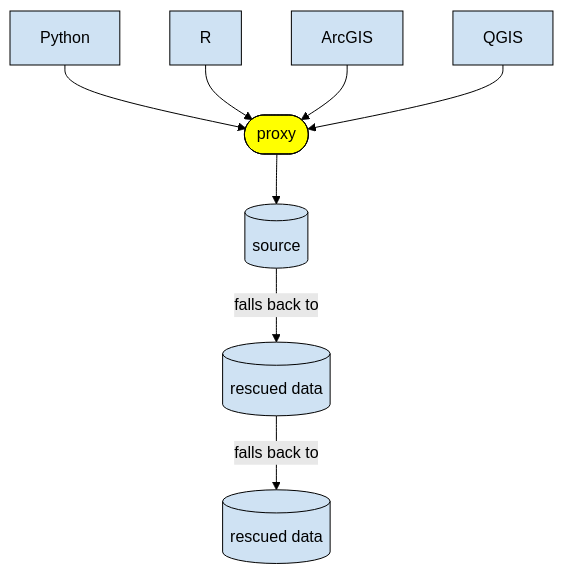
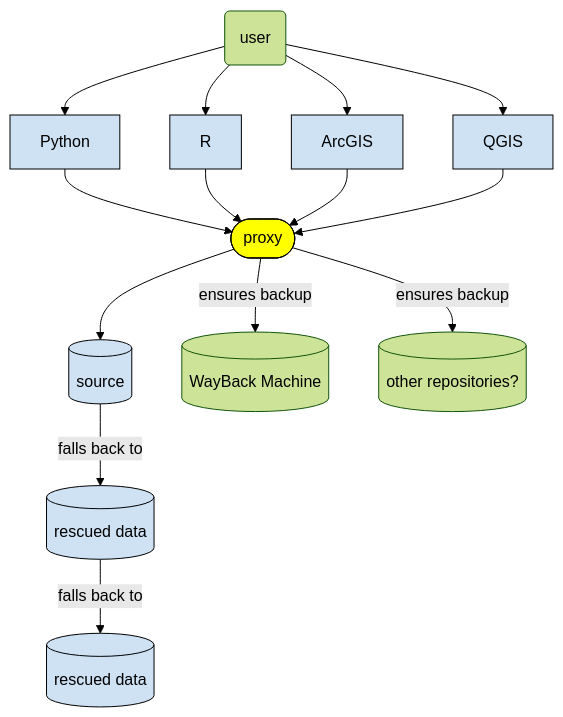
The diagram in README.md (investinopen/ptps-wildfire-demo), drawn with Mermaid (forest theme) before and after one commit. The commit also changed other lines of this file, not shown here.

Commit message:
expand the diagram

````diff
--- a/README.md
+++ b/README.md
@@ -66,30 +68,45 @@
 ```mermaid
 flowchart TD
+    user("user")
+
     python["Python"]
     r["R"]
     arcgis["ArcGIS"]
     qgis["QGIS"]
 
     proxy(["proxy"])
 
     source[("source")]
     rescue1[("rescued data")]
     rescue2[("rescued data")]
 
+    wayback[("WayBack Machine")]
+    repo[("other repositories?")]
+
+    user --> python
+    user --> r
+    user --> arcgis
+    user --> qgis
+
     python --> proxy
     r --> proxy
     arcgis --> proxy
     qgis --> proxy
+
+    proxy -->|ensures backup| wayback
+    proxy -->|ensures backup| repo
 
     proxy --> source
     source -->|falls back to| rescue1
     rescue1 -->|falls back to| rescue2
 
     classDef sourceTool fill:#cfe2f3,stroke:#000,color:#000
     classDef process fill:#ffff00,stroke:#000,color:#000
     classDef datastore fill:#cfe2f3,stroke:#000,color:#000
 
     class python,r,arcgis,qgis sourceTool
     class proxy process
     class source,rescue1,rescue2 datastore
+
+    click repo href "https://github.com/investinopen/ptps-wildfire-demo/issues/11" _blank
 ```
````
